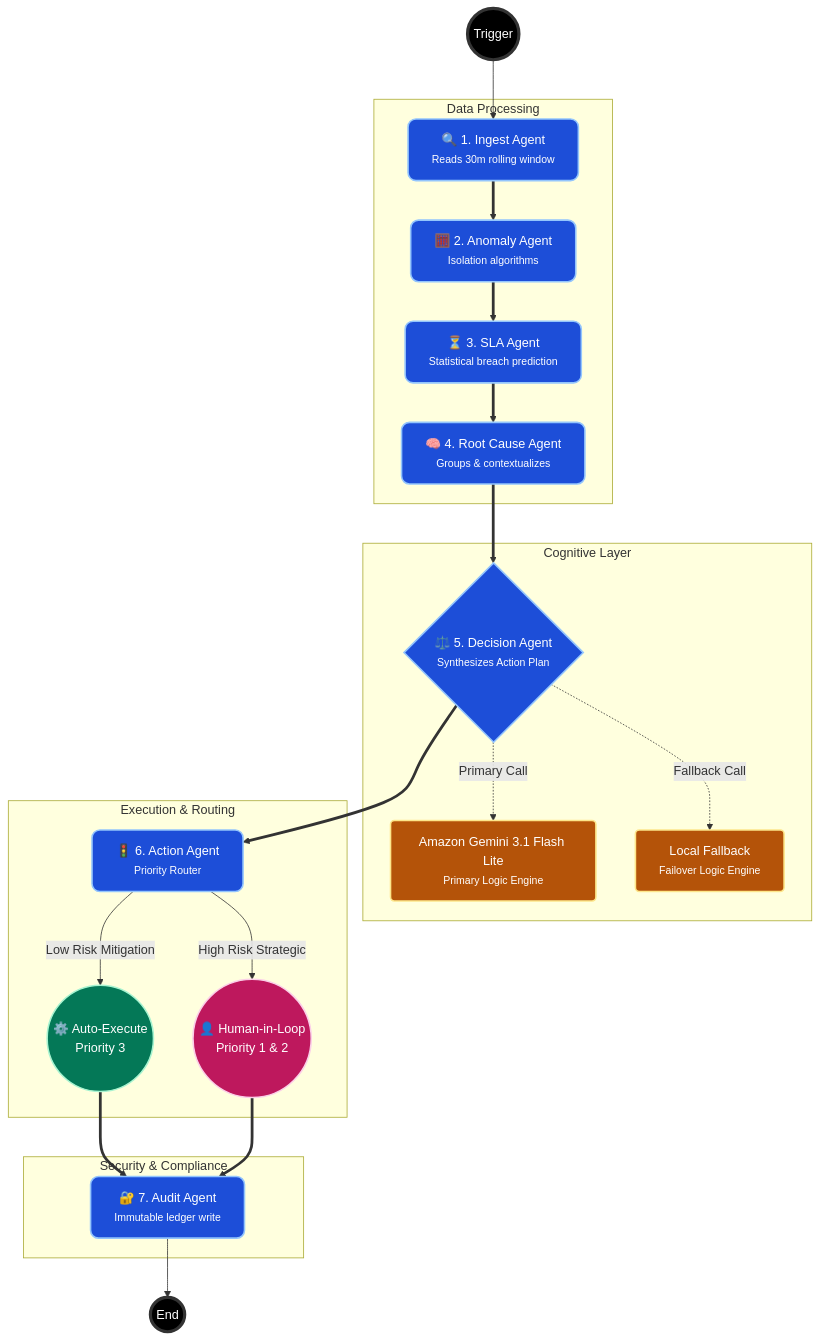
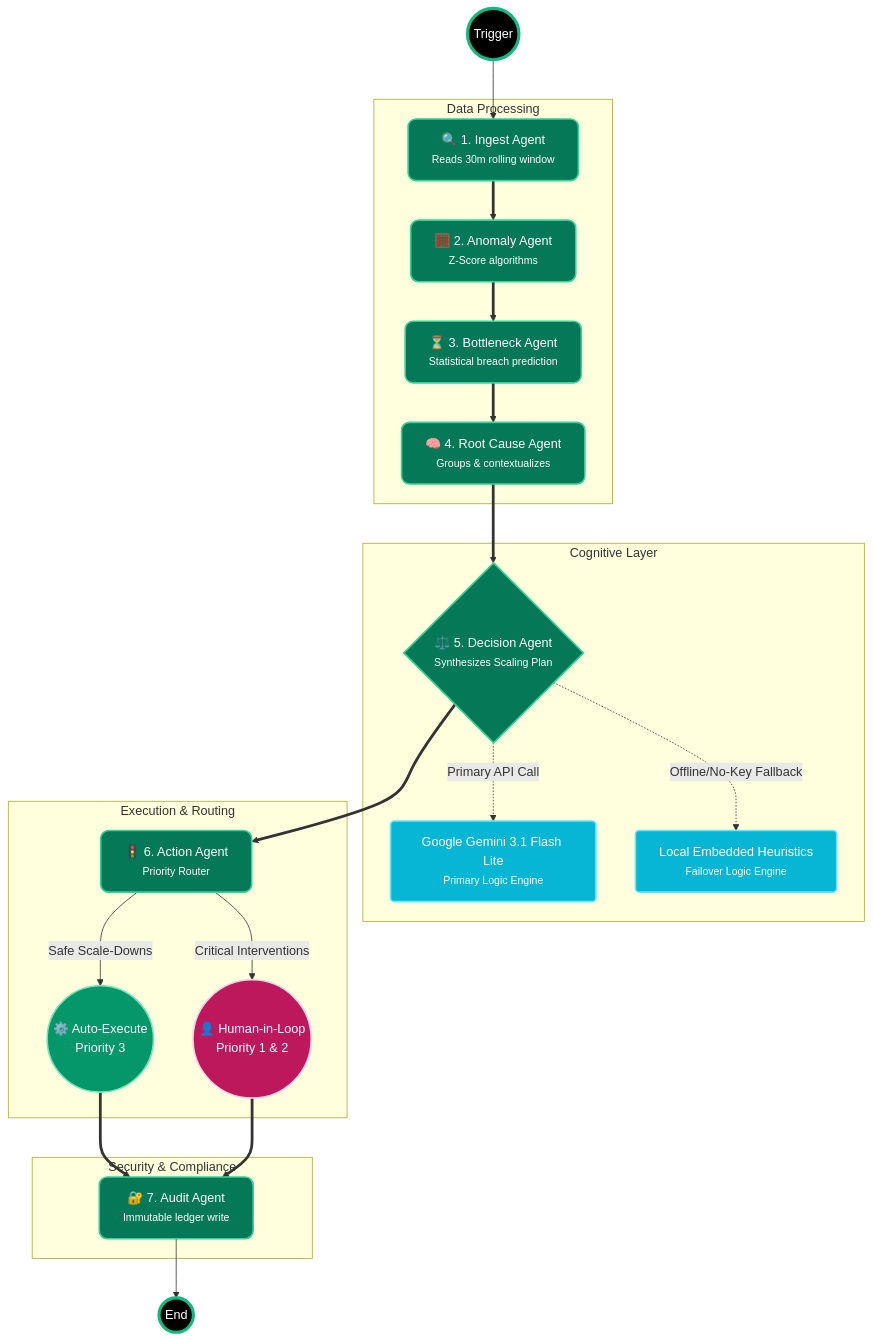
Before and after one commit to adarshcod30/SmartAlloc: the second of 3 diagrams in README.md, drawn with Mermaid. The commit also changed other lines of this file, not shown here.

````diff
--- a/README.md
+++ b/README.md
@@ -247,54 +246,54 @@
 ```mermaid
 flowchart TB
     %% Definitions
-    classDef startEnd fill:#000,stroke:#333,stroke-width:4px,color:#fff
-    classDef agent fill:#1d4ed8,stroke:#93c5fd,stroke-width:2px,color:#fff,rx:10,ry:10
-    classDef llm fill:#b45309,stroke:#fde68a,stroke-width:2px,color:#fff,rx:5,ry:5
-    classDef action fill:#047857,stroke:#a7f3d0,stroke-width:2px,color:#fff
+    classDef startEnd fill:#000,stroke:#10b981,stroke-width:4px,color:#fff
+    classDef agent fill:#047857,stroke:#34d399,stroke-width:2px,color:#fff,rx:10,ry:10
+    classDef llm fill:#06b6d4,stroke:#67e8f9,stroke-width:2px,color:#fff,rx:5,ry:5
+    classDef action fill:#059669,stroke:#6ee7b7,stroke-width:2px,color:#fff
     classDef human fill:#be185d,stroke:#fbcfe8,stroke-width:2px,color:#fff
     
     Start((Trigger)) --> Ingest
     
     subgraph Data Processing
         Ingest[🔍 1. Ingest Agent<br/><small>Reads 30m rolling window</small>]
-        Anomaly[🧮 2. Anomaly Agent<br/><small>Isolation algorithms</small>]
-        SLA[⏳ 3. SLA Agent<br/><small>Statistical breach prediction</small>]
+        Anomaly[🧮 2. Anomaly Agent<br/><small>Z-Score algorithms</small>]
+        SLA[⏳ 3. Bottleneck Agent<br/><small>Statistical breach prediction</small>]
         RC[🧠 4. Root Cause Agent<br/><small>Groups & contextualizes</small>]
         
         Ingest ==> Anomaly ==> SLA ==> RC
     end
     
     subgraph Cognitive Layer
-        Decide{⚖️ 5. Decision Agent<br/><small>Synthesizes Action Plan</small>}
-        Nova[Amazon Gemini 3.1 Flash Lite<br/><small>Primary Logic Engine</small>]
-        Mistral[Local Fallback<br/><small>Failover Logic Engine</small>]
+        Decide{⚖️ 5. Decision Agent<br/><small>Synthesizes Scaling Plan</small>}
+        Nova[Google Gemini 3.1 Flash Lite<br/><small>Primary Logic Engine</small>]
+        Mistral[Local Embedded Heuristics<br/><small>Failover Logic Engine</small>]
         
         RC ==> Decide
-        Decide -.->|Primary Call| Nova
-        Decide -.->|Fallback Call| Mistral
+        Decide -.->|Primary API Call| Nova
+        Decide -.->|Offline/No-Key Fallback| Mistral
     end
     
     subgraph Execution & Routing
         Route[🚦 6. Action Agent<br/><small>Priority Router</small>]
         Auto((⚙️ Auto-Execute<br/>Priority 3))
         HITL((👤 Human-in-Loop<br/>Priority 1 & 2))
         
         Decide ==> Route
-        Route -->|Low Risk Mitigation| Auto
-        Route -->|High Risk Strategic| HITL
+        Route -->|Safe Scale-Downs| Auto
+        Route -->|Critical Interventions| HITL
     end
     
     subgraph Security & Compliance
         Audit[🔐 7. Audit Agent<br/><small>Immutable ledger write</small>]
         Auto ==> Audit
         HITL ==> Audit
     end
     
     Audit --> Finish((End))
     
     class Start,Finish startEnd
     class Ingest,Anomaly,SLA,RC,Decide,Route,Audit agent
     class Nova,Mistral llm
     class Auto action
     class HITL human
 ```
````
